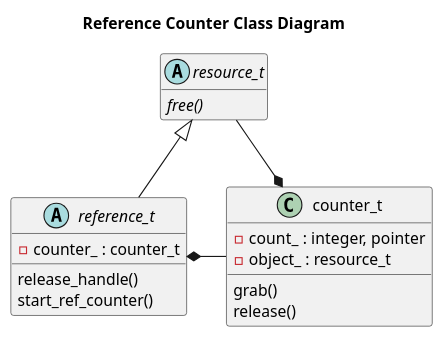
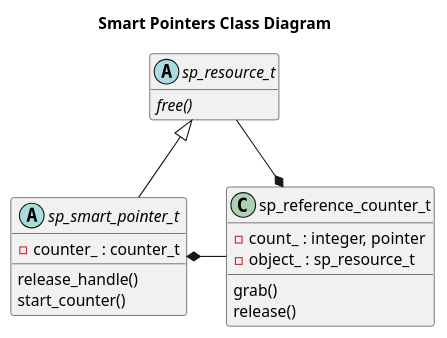
Before and after one commit to sourceryinstitute/smart-pointers: the diagram in doc/class_diagram.puml, drawn with PlantUML.

Commit message:
doc(puml): update to current nomenclature

```diff
--- a/doc/class_diagram.puml
+++ b/doc/class_diagram.puml
@@ -1,28 +1,28 @@
 @startuml
 
-title Reference Counter Class Diagram
+title Smart Pointers Class Diagram
 
 hide empty members
 
-abstract class resource_t {
+abstract class sp_resource_t {
   {abstract} free()
 }
 
-class counter_t {
+class sp_reference_counter_t {
   - count_ : integer, pointer
-  - object_ : resource_t
+  - object_ : sp_resource_t
   grab()
   release()
 }
 
-abstract class reference_t {
+abstract class sp_smart_pointer_t {
   - counter_ : counter_t
   release_handle()
-  start_ref_counter()
+  start_counter()
 }
 
-reference_t -up-|> resource_t
-reference_t *- counter_t
-counter_t *- resource_t
+sp_smart_pointer_t -up-|> sp_resource_t
+sp_smart_pointer_t     *- sp_reference_counter_t
+sp_reference_counter_t *- sp_resource_t
 
 @enduml
```
